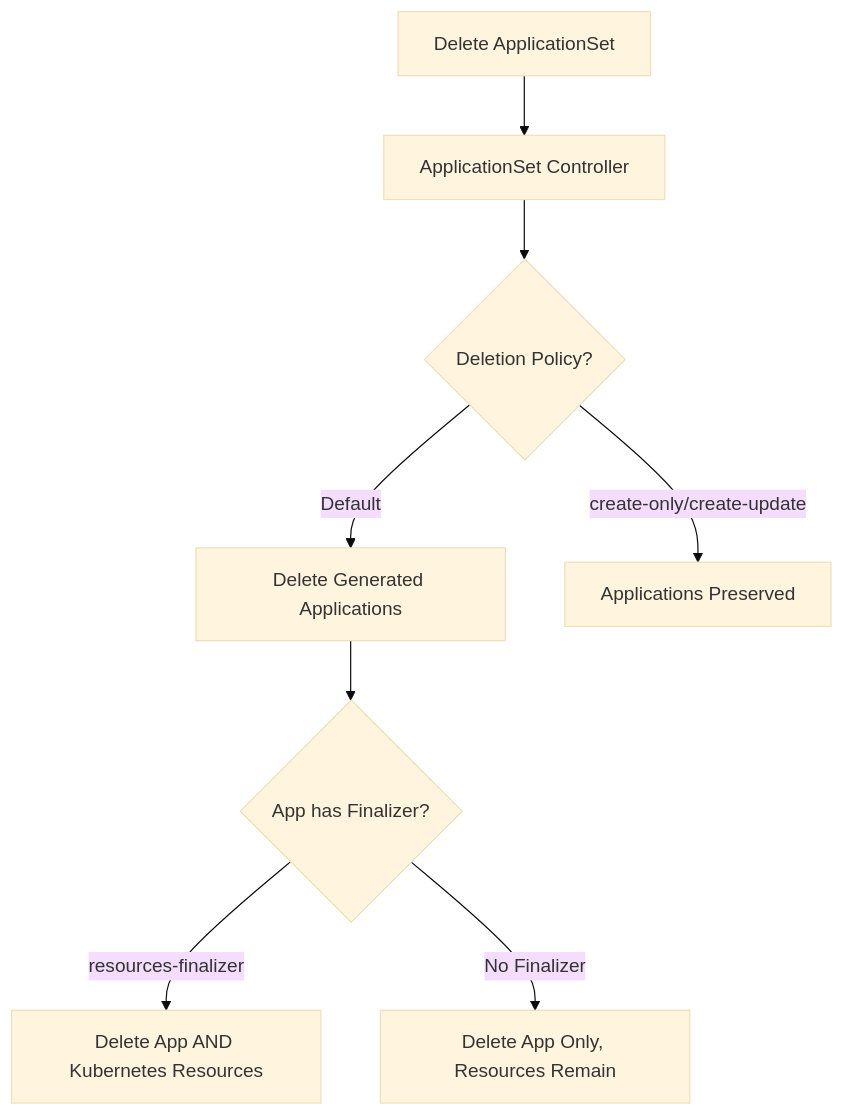
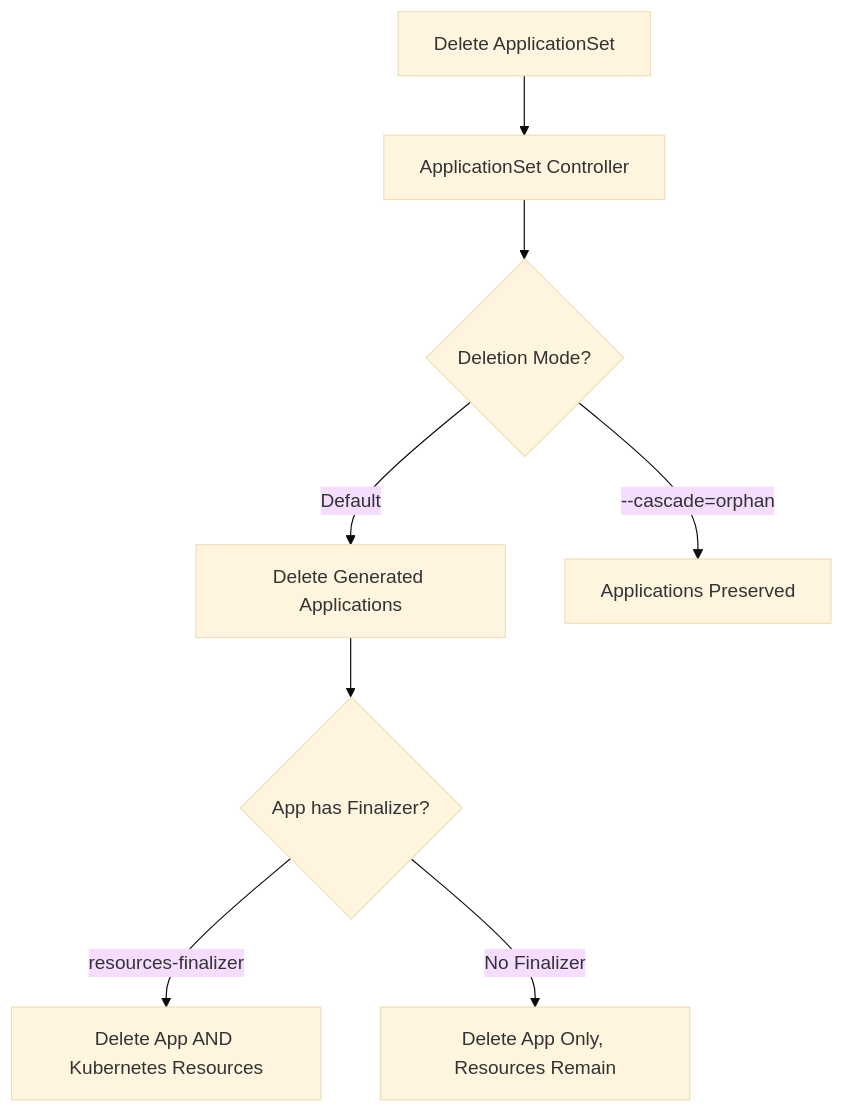
One commit to OneUptime/blog changed the diagram in posts/2026-02-26-argocd-applicationset-safe-deletion/README.md. Above: the diagram before and after it, drawn with Mermaid (base theme). The commit also changed other lines of this file and 2 other files, not shown here.

Commit message:
validate: 2026-02-26-argocd-applicationset-safe-deletion

````diff
--- a/posts/2026-02-26-argocd-applicationset-safe-deletion/README.md
+++ b/posts/2026-02-26-argocd-applicationset-safe-deletion/README.md
@@ -19,10 +19,10 @@
 ```mermaid
 flowchart TD
     A[Delete ApplicationSet] --> B[ApplicationSet Controller]
-    B --> C{Deletion Policy?}
+    B --> C{Deletion Mode?}
     C -->|Default| D[Delete Generated Applications]
     D --> E{App has Finalizer?}
     E -->|resources-finalizer| F[Delete App AND Kubernetes Resources]
     E -->|No Finalizer| G[Delete App Only, Resources Remain]
-    C -->|create-only/create-update| H[Applications Preserved]
+    C -->|--cascade=orphan| H[Applications Preserved]
 ```
````
